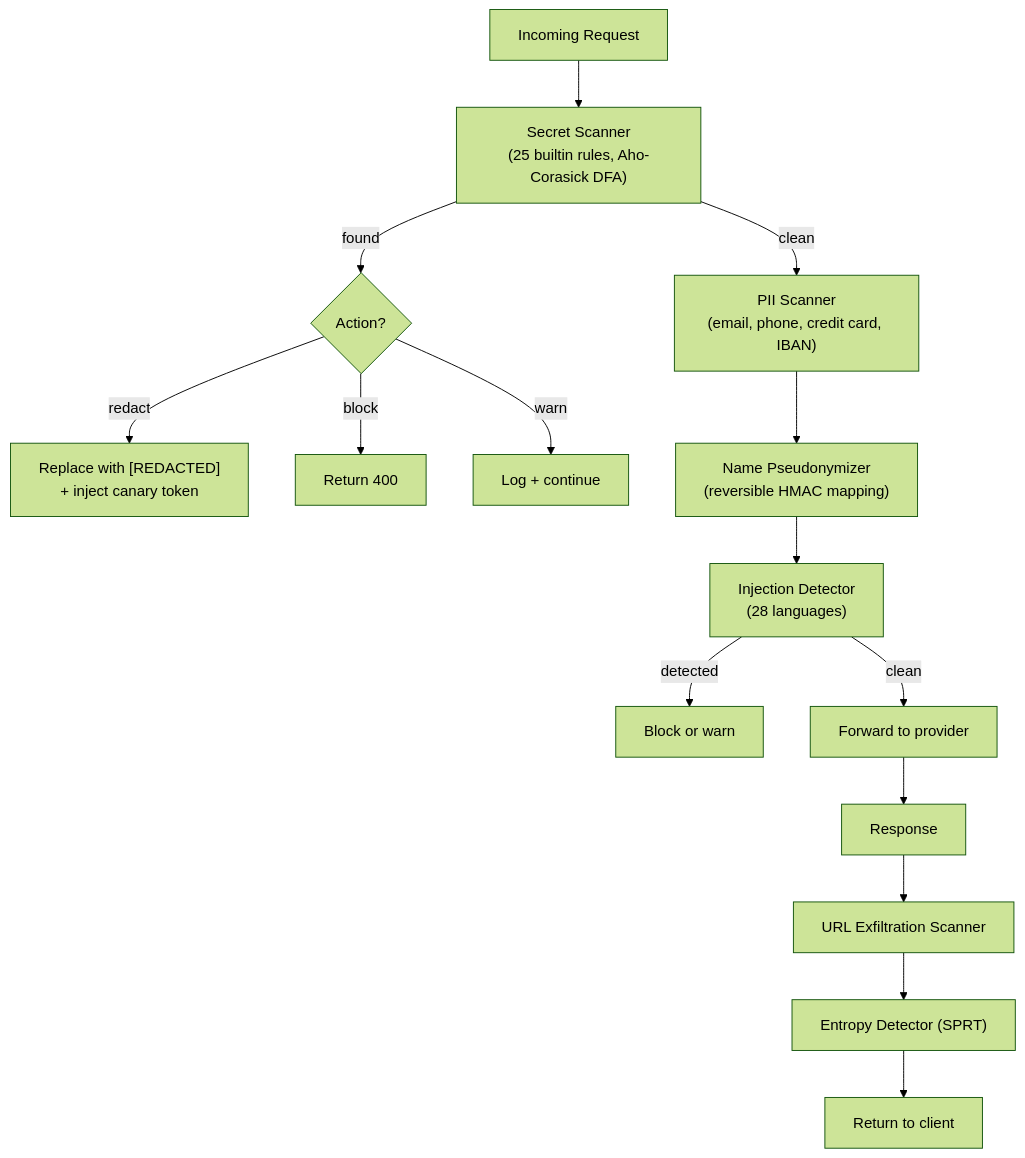
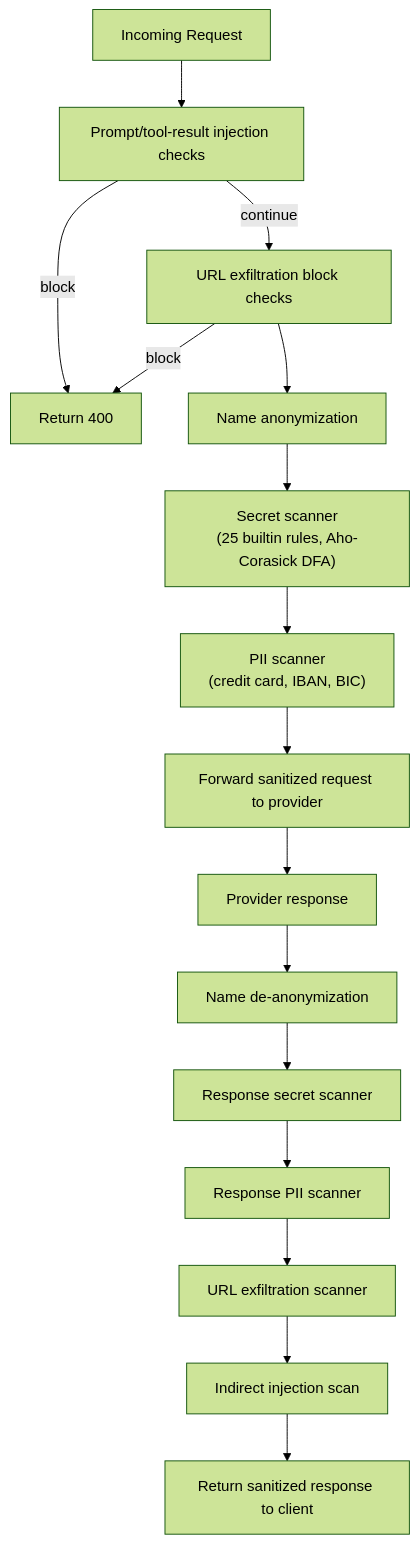
One commit to azerozero/grob changed the diagram in docs/reference/dlp.md. Above: the diagram before and after it, drawn with Mermaid (forest theme). The commit also changed other lines of this file and 57 other files, not shown here.

````diff
--- a/docs/reference/dlp.md
+++ b/docs/reference/dlp.md
@@ -233,17 +233,18 @@
 ```mermaid
 flowchart TB
-    req["Incoming Request"] --> secrets["Secret Scanner<br/>(25 builtin rules, Aho-Corasick DFA)"]
-    secrets -->|"found"| action1{"Action?"}
-    action1 -->|redact| redact["Replace with [REDACTED]<br/>+ inject canary token"]
-    action1 -->|block| block["Return 400"]
-    action1 -->|warn| warn["Log + continue"]
-    secrets -->|"clean"| pii["PII Scanner<br/>(email, phone, credit card, IBAN)"]
-    pii --> names["Name Pseudonymizer<br/>(reversible HMAC mapping)"]
-    names --> injection["Injection Detector<br/>(28 languages)"]
-    injection -->|"detected"| block2["Block or warn"]
-    injection -->|"clean"| provider["Forward to provider"]
-    provider --> resp["Response"]
-    resp --> url["URL Exfiltration Scanner"]
-    url --> entropy["Entropy Detector (SPRT)"]
-    entropy --> client["Return to client"]
+    req["Incoming Request"] --> injection["Prompt/tool-result injection checks"]
+    injection -->|"block"| block["Return 400"]
+    injection -->|"continue"| url_in["URL exfiltration block checks"]
+    url_in -->|"block"| block
+    url_in --> names["Name anonymization"]
+    names --> secrets["Secret scanner<br/>(25 builtin rules, Aho-Corasick DFA)"]
+    secrets --> pii["PII scanner<br/>(credit card, IBAN, BIC)"]
+    pii --> provider["Forward sanitized request to provider"]
+    provider --> resp["Provider response"]
+    resp --> denames["Name de-anonymization"]
+    denames --> out_secrets["Response secret scanner"]
+    out_secrets --> out_pii["Response PII scanner"]
+    out_pii --> url_out["URL exfiltration scanner"]
+    url_out --> indirect["Indirect injection scan"]
+    indirect --> client["Return sanitized response to client"]
 ```
````
